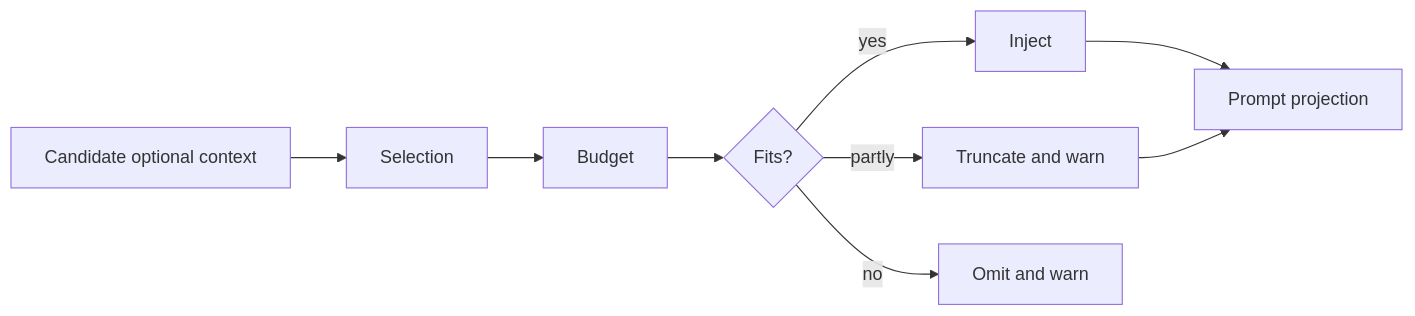
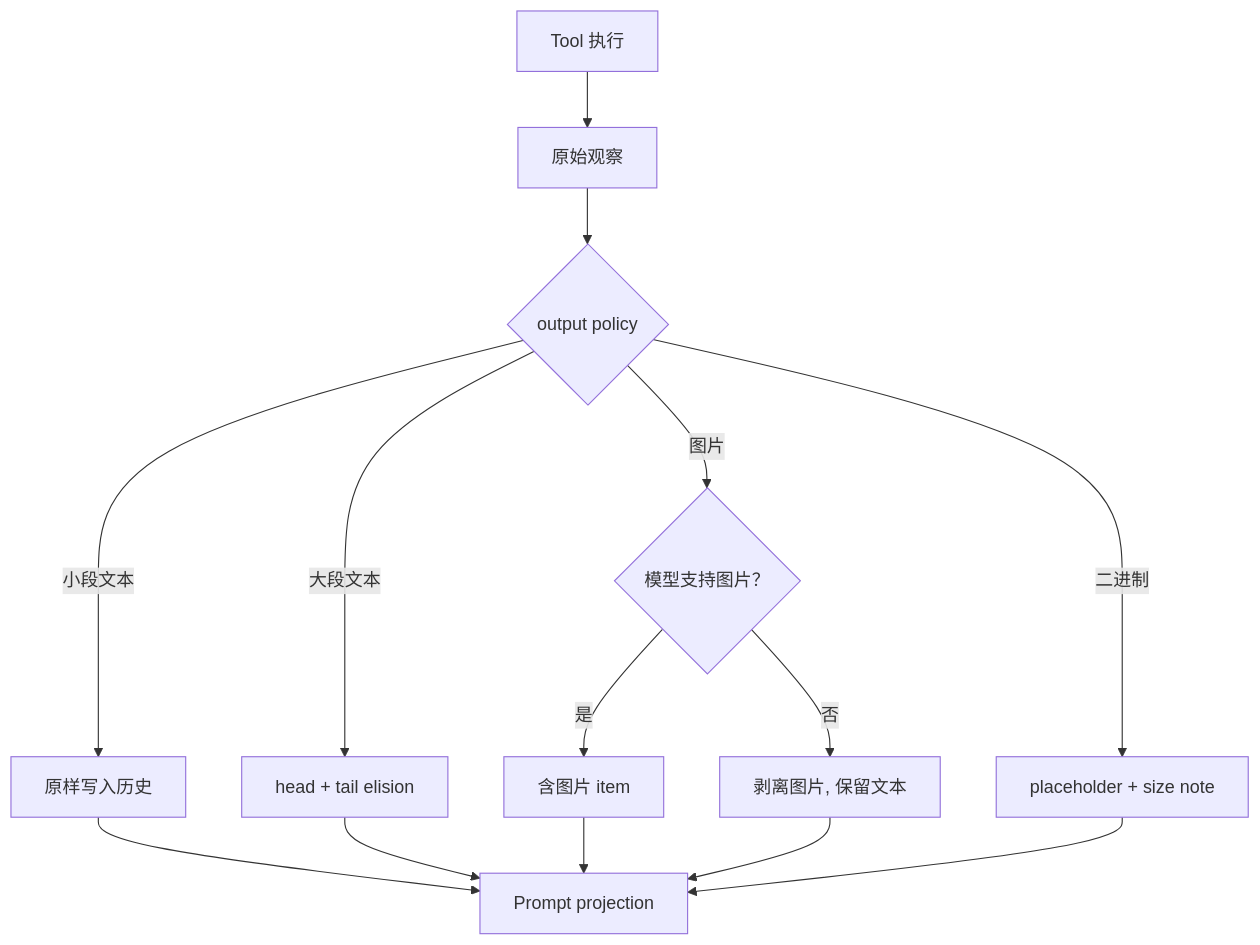
The second of 2 diagrams in docs/zh/codex-context-management/chapter-05.md (WineChord/books), drawn with Mermaid before and after one commit. The commit also changed other lines of this file and 21 other files, not shown here.

````diff
--- a/docs/zh/codex-context-management/chapter-05.md
+++ b/docs/zh/codex-context-management/chapter-05.md
@@ -29,11 +137,16 @@
 ```mermaid
-flowchart LR
-  A[Candidate optional context] --> B[Selection]
-  B --> C[Budget]
-  C --> D{Fits?}
-  D -- yes --> E[Inject]
-  D -- partly --> F[Truncate and warn]
-  D -- no --> G[Omit and warn]
-  E --> H[Prompt projection]
-  F --> H
+flowchart TD
+  A[Tool 执行] --> B[原始观察]
+  B --> C{output policy}
+  C -- 小段文本 --> D[原样写入历史]
+  C -- 大段文本 --> E[head + tail elision]
+  C -- 图片 --> F{模型支持图片？}
+  F -- 是 --> G[含图片 item]
+  F -- 否 --> H[剥离图片, 保留文本]
+  C -- 二进制 --> I[placeholder + size note]
+  D --> J[Prompt projection]
+  E --> J
+  G --> J
+  H --> J
+  I --> J
 ```
````
